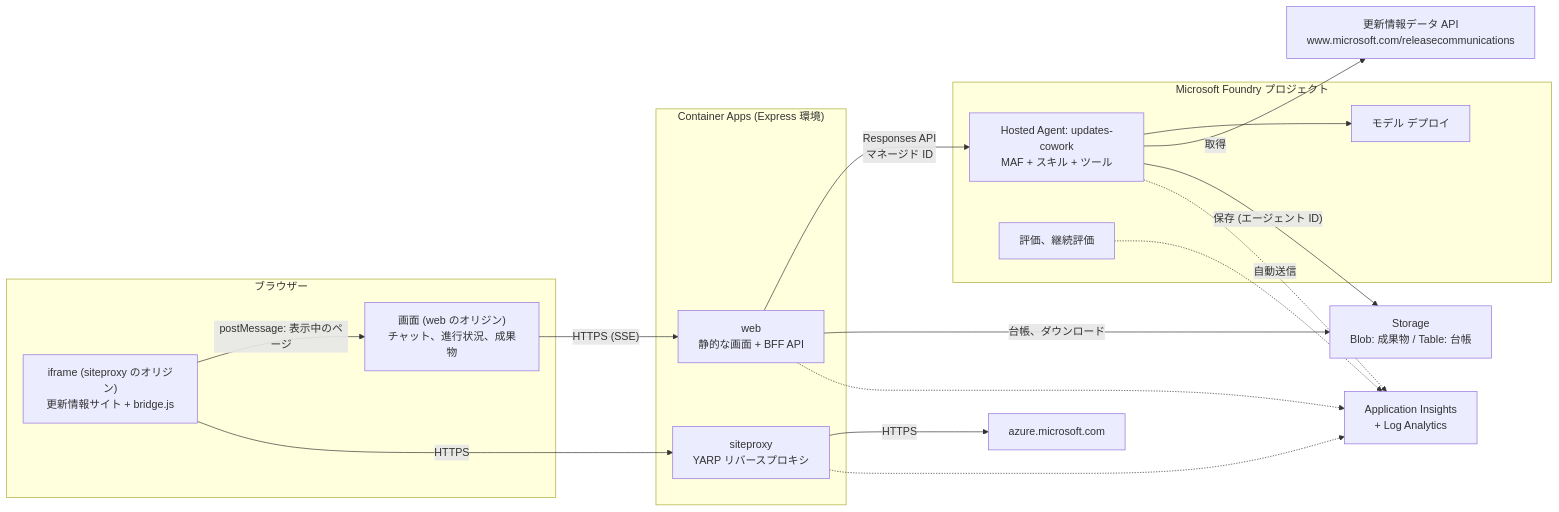
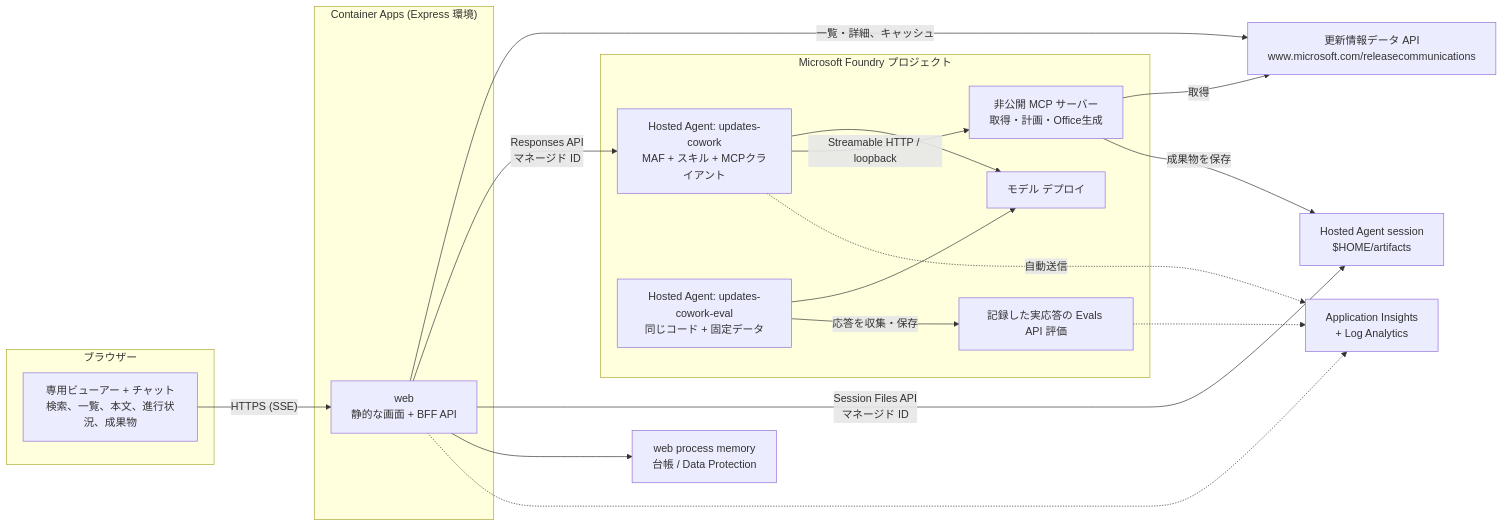
One commit to tokawa-ms/azure-updates-cowork-starter-demo changed the first of 5 diagrams in docs/design.md. Above: the diagram before and after it, drawn with Mermaid. The commit also changed other lines of this file and 219 other files, not shown here.

````diff
--- a/docs/design.md
+++ b/docs/design.md
@@ -167,34 +170,35 @@
 ```mermaid
 flowchart LR
   subgraph Browser["ブラウザー"]
-    Shell["画面 (web のオリジン)<br/>チャット、進行状況、成果物"]
-    Frame["iframe (siteproxy のオリジン)<br/>更新情報サイト + bridge.js"]
-    Frame -- "postMessage: 表示中のページ" --> Shell
+    Shell["専用ビューアー + チャット<br/>検索、一覧、本文、進行状況、成果物"]
   end
   subgraph ACA["Container Apps (Express 環境)"]
     Web["web<br/>静的な画面 + BFF API"]
-    Proxy["siteproxy<br/>YARP リバースプロキシ"]
   end
   subgraph Foundry["Microsoft Foundry プロジェクト"]
-    Agent["Hosted Agent: updates-cowork<br/>MAF + スキル + ツール"]
+    Agent["Hosted Agent: updates-cowork<br/>MAF + スキル + MCPクライアント"]
+    MCP["非公開 MCP サーバー<br/>取得・計画・Office生成"]
     Model["モデル デプロイ"]
-    Eval["評価、継続評価"]
+    EvalAgent["Hosted Agent: updates-cowork-eval<br/>同じコード + 固定データ"]
+    Eval["記録した実応答の Evals API 評価"]
   end
-  Site["azure.microsoft.com"]
   DataApi["更新情報データ API<br/>www.microsoft.com/releasecommunications"]
-  Storage["Storage<br/>Blob: 成果物 / Table: 台帳"]
+  SessionFiles["Hosted Agent session<br/>$HOME/artifacts"]
+  State["web process memory<br/>台帳 / Data Protection"]
   Monitor["Application Insights<br/>+ Log Analytics"]
 
   Shell -- "HTTPS (SSE)" --> Web
-  Frame -- "HTTPS" --> Proxy
-  Proxy -- "HTTPS" --> Site
+  Web -- "一覧・詳細、キャッシュ" --> DataApi
   Web -- "Responses API<br/>マネージド ID" --> Agent
   Agent --> Model
-  Agent -- "取得" --> DataApi
-  Agent -- "保存 (エージェント ID)" --> Storage
-  Web -- "台帳、ダウンロード" --> Storage
+  Agent -- "Streamable HTTP / loopback" --> MCP
+  MCP -- "取得" --> DataApi
+  MCP -- "成果物を保存" --> SessionFiles
+  EvalAgent --> Model
+  EvalAgent -- "応答を収集・保存" --> Eval
+  Web -- "Session Files API<br/>マネージド ID" --> SessionFiles
+  Web --> State
   Web -.-> Monitor
-  Proxy -.-> Monitor
   Agent -. "自動送信" .-> Monitor
   Eval -.-> Monitor
 ```
````
